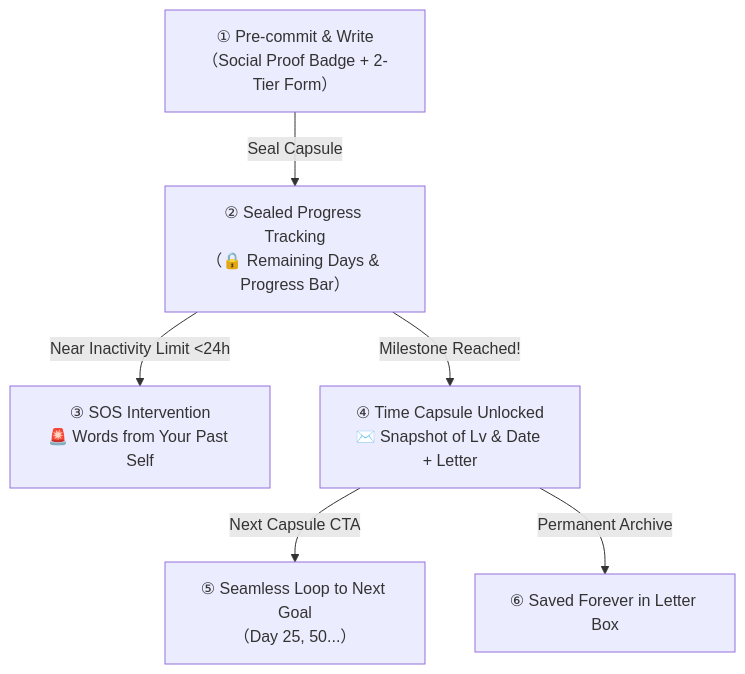
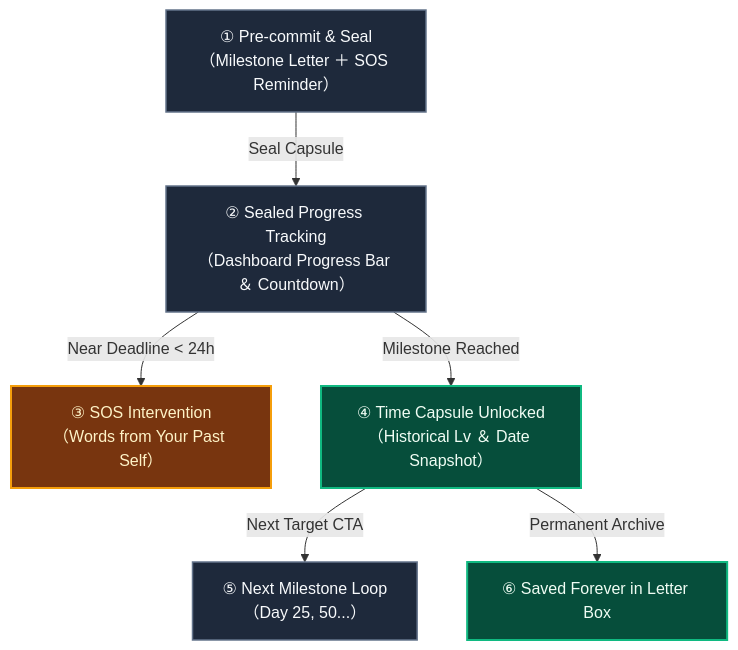
One commit to ScriptureHabit/scripture-habit changed the diagram in docs/ux-letters-to-future-self.md. Above: the diagram before and after it, drawn with Mermaid. The commit also changed other lines of this file and 57 other files, not shown here.

Commit message:
docs: refine documentation prose and add structured diagram breakdowns across JA and EN

````diff
--- a/docs/ux-letters-to-future-self.md
+++ b/docs/ux-letters-to-future-self.md
@@ -27,8 +22,12 @@
 ```mermaid
 flowchart TD
-    A["① Pre-commit & Write<br/>（Social Proof Badge + 2-Tier Form）"] -->|Seal Capsule| B["② Sealed Progress Tracking<br/>（🔒 Remaining Days & Progress Bar）"]
-    B -->|Near Inactivity Limit &lt;24h| C["③ SOS Intervention<br/>🚨 Words from Your Past Self"]
-    B -->|Milestone Reached!| D["④ Time Capsule Unlocked<br/>✉️ Snapshot of Lv & Date + Letter"]
-    D -->|Next Capsule CTA| E["⑤ Seamless Loop to Next Goal<br/>（Day 25, 50...）"]
-    D -->|Permanent Archive| F["⑥ Saved Forever in Letter Box"]
+    classDef step fill:#1e293b,stroke:#64748b,stroke-width:1.5px,color:#f8fafc;
+    classDef highlight fill:#064e3b,stroke:#10b981,stroke-width:2px,color:#f0fdf4;
+    classDef alert fill:#78350f,stroke:#f59e0b,stroke-width:2px,color:#fef3c7;
+
+    A["① Pre-commit & Seal<br/>（Milestone Letter ＋ SOS Reminder）"]:::step -->|Seal Capsule| B["② Sealed Progress Tracking<br/>（Dashboard Progress Bar ＆ Countdown）"]:::step
+    B -->|Near Deadline &lt; 24h| C["③ SOS Intervention<br/>（Words from Your Past Self）"]:::alert
+    B -->|Milestone Reached| D["④ Time Capsule Unlocked<br/>（Historical Lv ＆ Date Snapshot）"]:::highlight
+    D -->|Next Target CTA| E["⑤ Next Milestone Loop<br/>（Day 25, 50...）"]:::step
+    D -->|Permanent Archive| F["⑥ Saved Forever in Letter Box"]:::highlight
 ```
````
